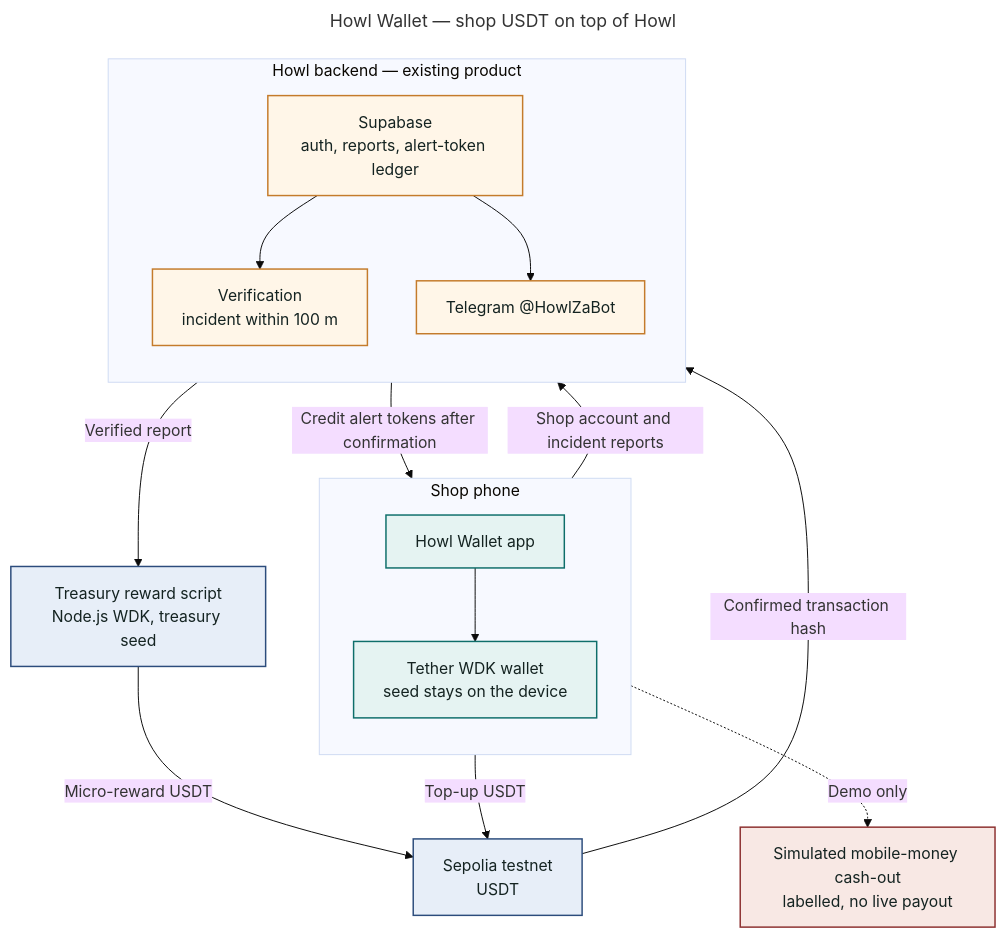
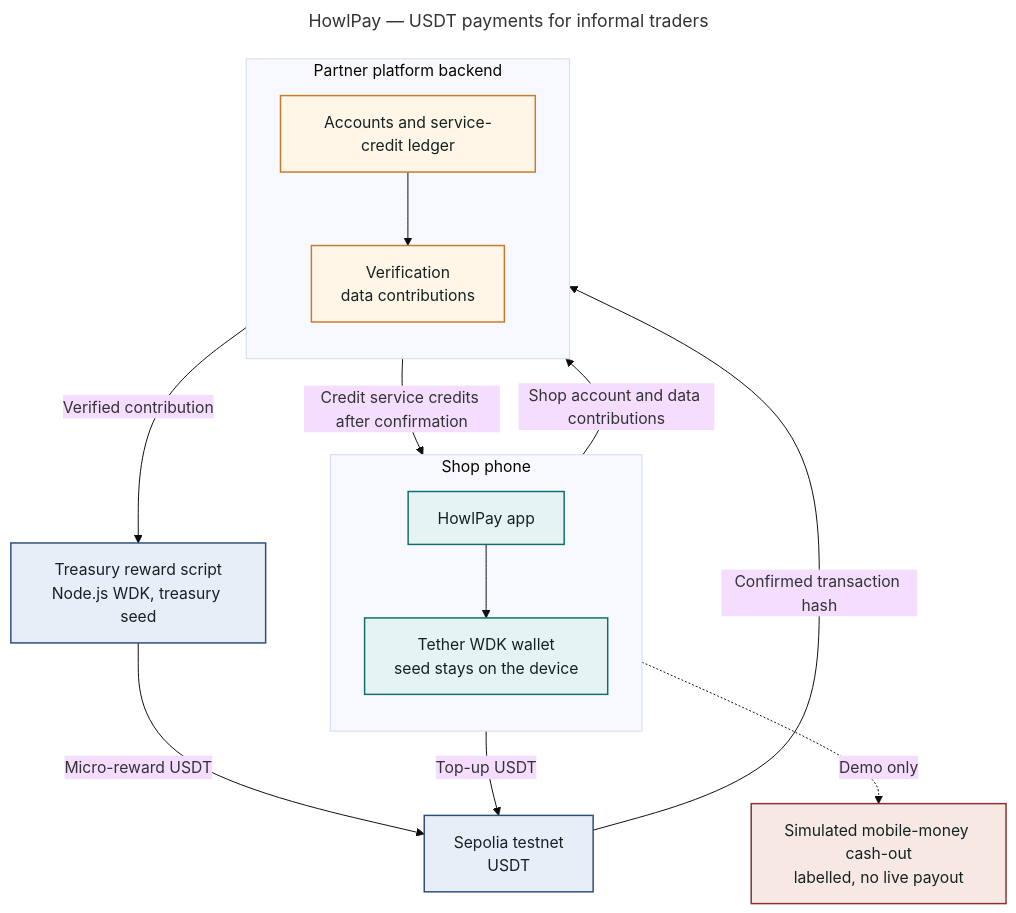
Before and after one commit to MrFriedman/w3node_2026: the diagram in docs/architecture.mmd, drawn with Mermaid (base theme). The commit also changed 17 other files, not shown here.

First line of the commit message:
Rename the public project to HowlPay.

```diff
--- a/docs/architecture.mmd
+++ b/docs/architecture.mmd
@@ -1,41 +1,39 @@
 ---
-title: Howl Wallet — shop USDT on top of Howl
+title: HowlPay — USDT payments for informal traders
 ---
 flowchart TB
   subgraph shopPhone ["Shop phone"]
     direction TB
-    ui["Howl Wallet app"]
+    ui["HowlPay app"]
     wdk["Tether WDK wallet<br/>seed stays on the device"]
     ui --> wdk
   end
 
-  subgraph howlBackend ["Howl backend — existing product"]
+  subgraph partnerBackend ["Partner platform backend"]
     direction TB
-    supa["Supabase<br/>auth, reports, alert-token ledger"]
-    verify["Verification<br/>incident within 100 m"]
-    telegram["Telegram @HowlZaBot"]
-    supa --> verify
-    supa --> telegram
+    api["Accounts and service-credit ledger"]
+    verify["Verification<br/>data contributions"]
+    api --> verify
   end
 
   treasury["Treasury reward script<br/>Node.js WDK, treasury seed"]
   chain["Sepolia testnet<br/>USDT"]
   cash["Simulated mobile-money cash-out<br/>labelled, no live payout"]
 
-  ui -->|"Shop account and incident reports"| supa
-  verify -->|"Verified report"| treasury
+  ui -->|"Shop account and data contributions"| api
+  verify -->|"Verified contribution"| treasury
   wdk -->|"Top-up USDT"| chain
   treasury -->|"Micro-reward USDT"| chain
-  chain -->|"Confirmed transaction hash"| supa
-  supa -->|"Credit alert tokens after confirmation"| ui
+  chain -->|"Confirmed transaction hash"| api
+  api -->|"Credit service credits after confirmation"| ui
   ui -.->|"Demo only"| cash
 
   classDef phone fill:#E5F3F2,stroke:#0E6E6A,color:#142321,stroke-width:1.5px
-  classDef howl fill:#FFF6E8,stroke:#C47B2B,color:#142321,stroke-width:1.5px
+  classDef partner fill:#FFF6E8,stroke:#C47B2B,color:#142321,stroke-width:1.5px
   classDef pay fill:#E7EEF8,stroke:#2C4C7C,color:#142321,stroke-width:1.5px
   classDef sim fill:#F8E8E4,stroke:#8C2F2F,color:#142321,stroke-width:1.5px
 
   class ui,wdk phone
-  class supa,verify,telegram howl
+  class api,verify partner
   class treasury,chain pay
   class cash sim
```
